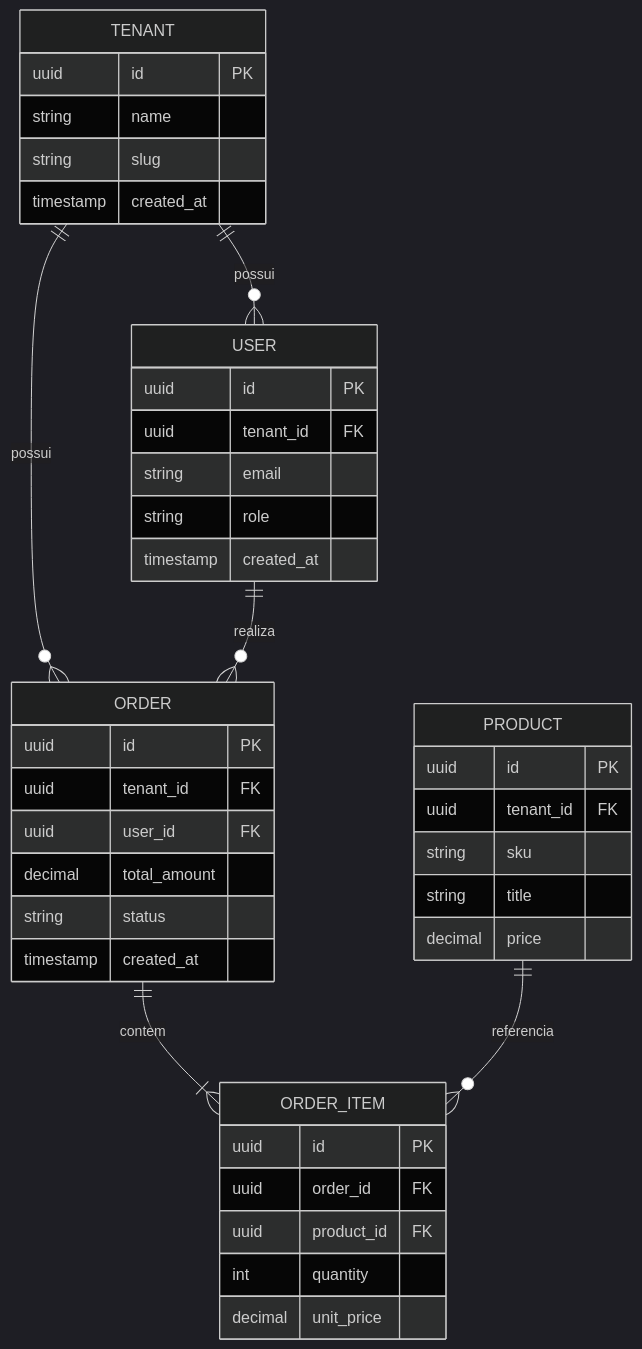
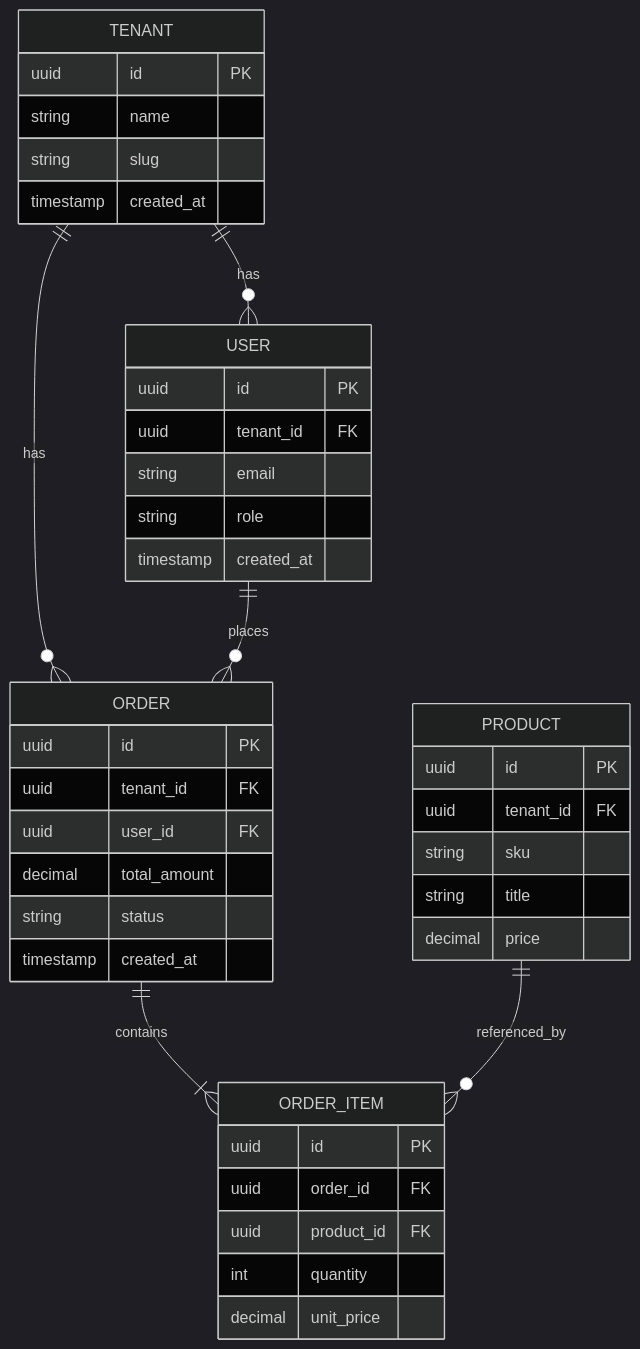
Before and after one commit to alltomatos/skills: the fourth of 4 diagrams in skills/engineering/architect/references/c4-and-diagrams.md, drawn with Mermaid (dark theme). The commit also changed other lines of this file and 60 other files, not shown here.

````diff
--- a/skills/engineering/architect/references/c4-and-diagrams.md
+++ b/skills/engineering/architect/references/c4-and-diagrams.md
@@ -95,48 +95,48 @@
 ```mermaid
 erDiagram
-    TENANT ||--o{ USER : possui
-    TENANT ||--o{ ORDER : possui
-    USER ||--o{ ORDER : realiza
-    ORDER ||--|{ ORDER_ITEM : contem
-    PRODUCT ||--o{ ORDER_ITEM : referencia
+    TENANT ||--o{ USER : has
+    TENANT ||--o{ ORDER : has
+    USER ||--o{ ORDER : places
+    ORDER ||--|{ ORDER_ITEM : contains
+    PRODUCT ||--o{ ORDER_ITEM : referenced_by
 
     TENANT {
         uuid id PK
         string name
         string slug
         timestamp created_at
     }
 
     USER {
         uuid id PK
         uuid tenant_id FK
         string email
         string role
         timestamp created_at
     }
 
     ORDER {
         uuid id PK
         uuid tenant_id FK
         uuid user_id FK
         decimal total_amount
         string status
         timestamp created_at
     }
 
     ORDER_ITEM {
         uuid id PK
         uuid order_id FK
         uuid product_id FK
         int quantity
         decimal unit_price
     }
 
     PRODUCT {
         uuid id PK
         uuid tenant_id FK
         string sku
         string title
         decimal price
     }
 ```
````
